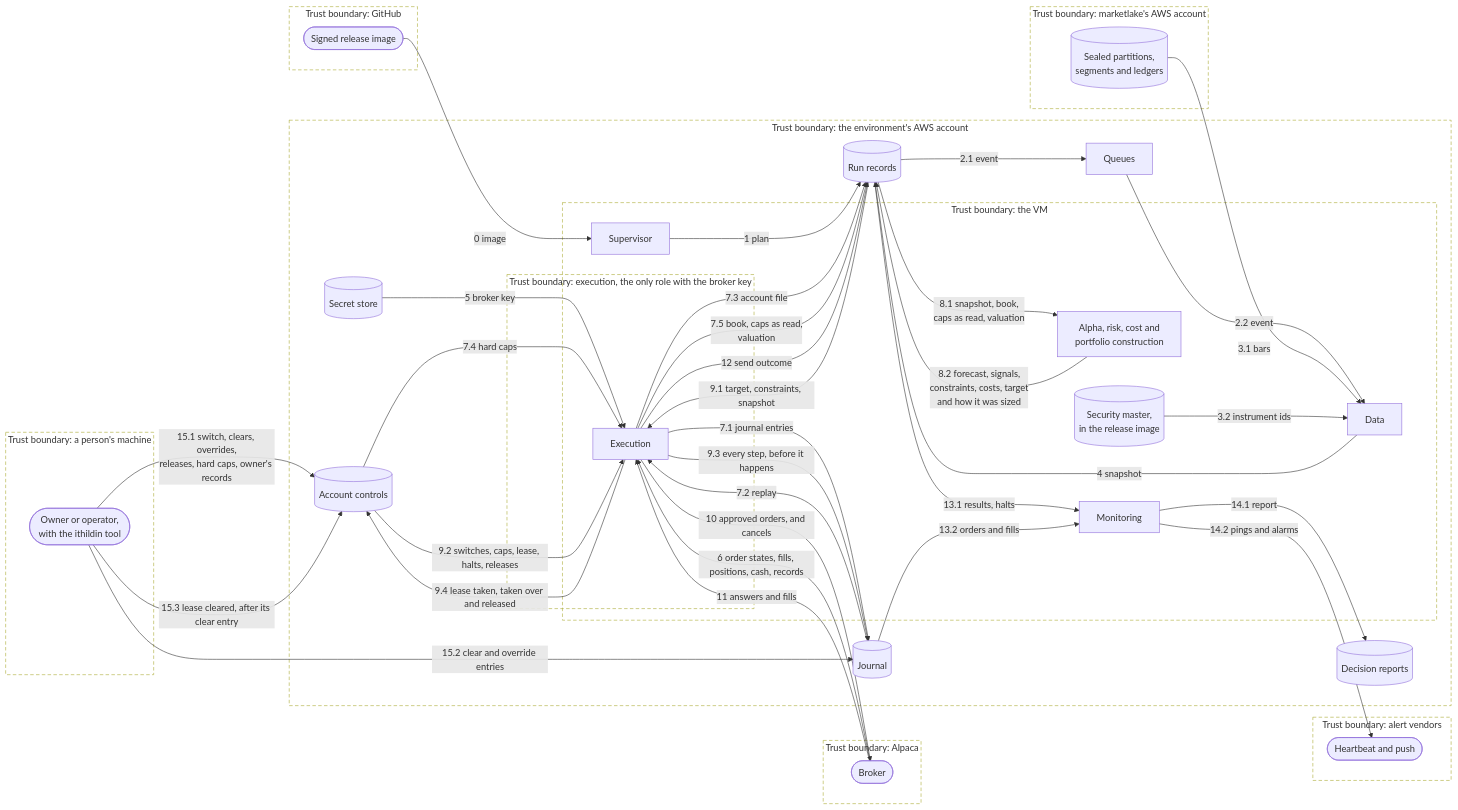
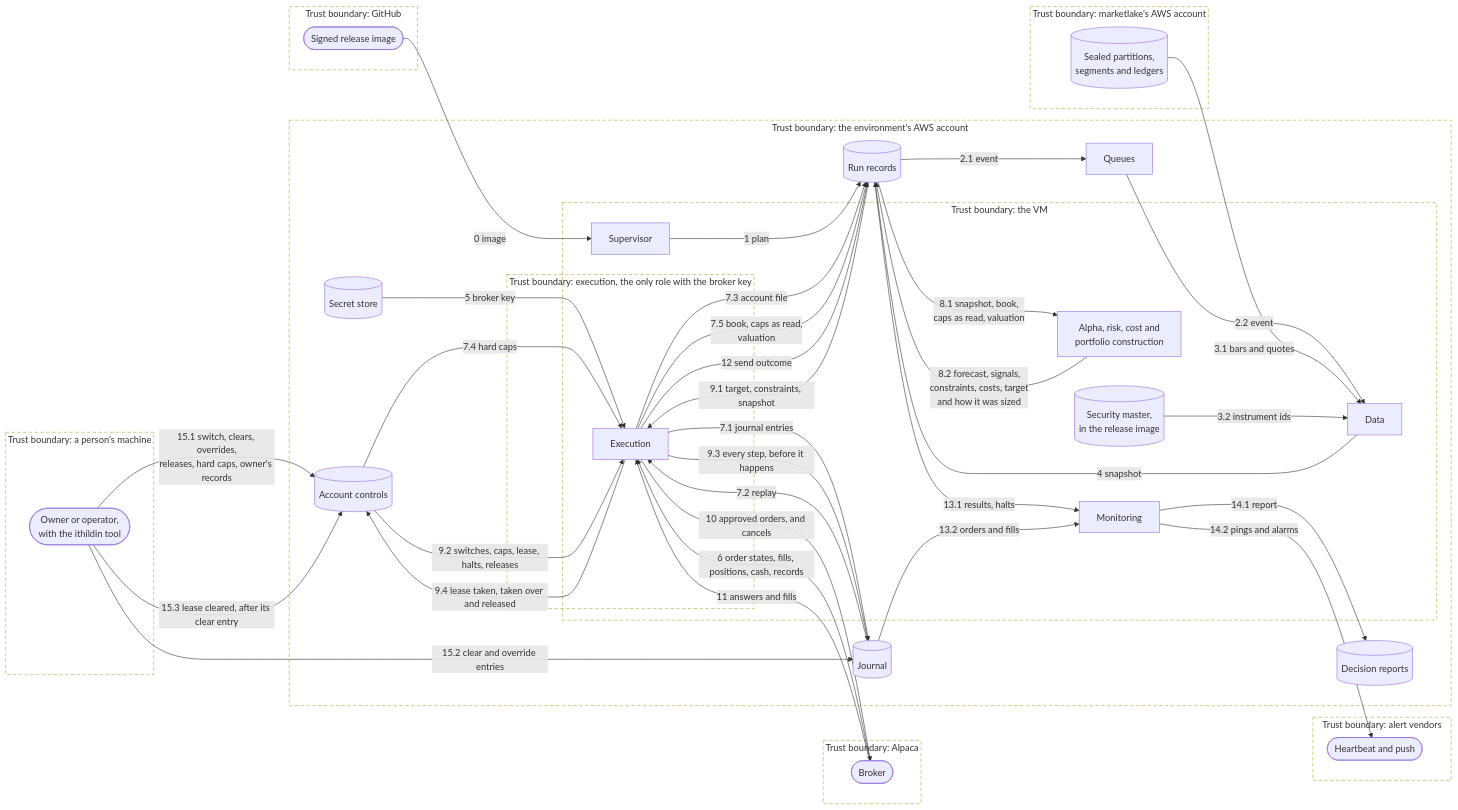
Before and after one commit to l3a0/ithildin-runtime: the second of 18 diagrams in docs/architecture/06-runtime.md, drawn with Mermaid. The commit also changed other lines of this file and 23 other files, not shown here.

First line of the commit message:
fix(data): answer round 1 of the review of the quotes' read

````diff
--- a/docs/architecture/06-runtime.md
+++ b/docs/architecture/06-runtime.md
@@ -106,70 +106,70 @@
 ```mermaid
 flowchart LR
     subgraph tb_person["Trust boundary: a person's machine"]
         person(["Owner or operator,<br/>with the ithildin tool"])
     end
     subgraph tb_github["Trust boundary: GitHub"]
         registry(["Signed release image"])
     end
     subgraph tb_marketlake["Trust boundary: marketlake's AWS account"]
         lake[("Sealed partitions,<br/>segments and ledgers")]
     end
     subgraph tb_broker["Trust boundary: Alpaca"]
         brokerx(["Broker"])
     end
     subgraph tb_alert["Trust boundary: alert vendors"]
         alert(["Heartbeat and push"])
     end
     subgraph tb_account["Trust boundary: the environment's AWS account"]
         subgraph tb_vm["Trust boundary: the VM"]
             sup["Supervisor"]
             data["Data"]
             models["Alpha, risk, cost and<br/>portfolio construction"]
             mon["Monitoring"]
             d2[("Security master,<br/>in the release image")]
             subgraph tb_exec["Trust boundary: execution, the only role with the broker key"]
                 exec["Execution"]
             end
         end
         queue["Queues"]
         secret[("Secret store")]
         d1[("Run records")]
         d3[("Journal")]
         d4[("Decision reports")]
         d5[("Account controls")]
     end
 
     registry -->|"0 image"| sup
     sup -->|"1 plan"| d1
     d1 -->|"2.1 event"| queue
     queue -->|"2.2 event"| data
-    lake -->|"3.1 bars"| data
+    lake -->|"3.1 bars and quotes"| data
     d2 -->|"3.2 instrument ids"| data
     data -->|"4 snapshot"| d1
     secret -->|"5 broker key"| exec
     brokerx -->|"6 order states, fills, positions, cash, records"| exec
     exec -->|"7.1 journal entries"| d3
     d3 -->|"7.2 replay"| exec
     exec -->|"7.3 account file"| d1
     d5 -->|"7.4 hard caps"| exec
     exec -->|"7.5 book, caps as read,<br/>valuation"| d1
     d1 -->|"8.1 snapshot, book,<br/>caps as read, valuation"| models
     models -->|"8.2 forecast, signals,<br/>constraints, costs, target<br/>and how it was sized"| d1
     d1 -->|"9.1 target, constraints, snapshot"| exec
     d5 -->|"9.2 switches, caps, lease, halts, releases"| exec
     exec -->|"9.3 every step, before it happens"| d3
     exec -->|"9.4 lease taken, taken over and released"| d5
     exec -->|"10 approved orders, and cancels"| brokerx
     brokerx -->|"11 answers and fills"| exec
     exec -->|"12 send outcome"| d1
     d1 -->|"13.1 results, halts"| mon
     d3 -->|"13.2 orders and fills"| mon
     mon -->|"14.1 report"| d4
     mon -->|"14.2 pings and alarms"| alert
     person -->|"15.1 switch, clears, overrides,<br/>releases, hard caps, owner's records"| d5
     person -->|"15.2 clear and override entries"| d3
     person -->|"15.3 lease cleared, after its clear entry"| d5
 
     classDef boundary fill:none,stroke-dasharray:6 4
     class tb_person,tb_github,tb_marketlake,tb_broker,tb_alert,tb_account,tb_vm,tb_exec boundary
 ```
````
